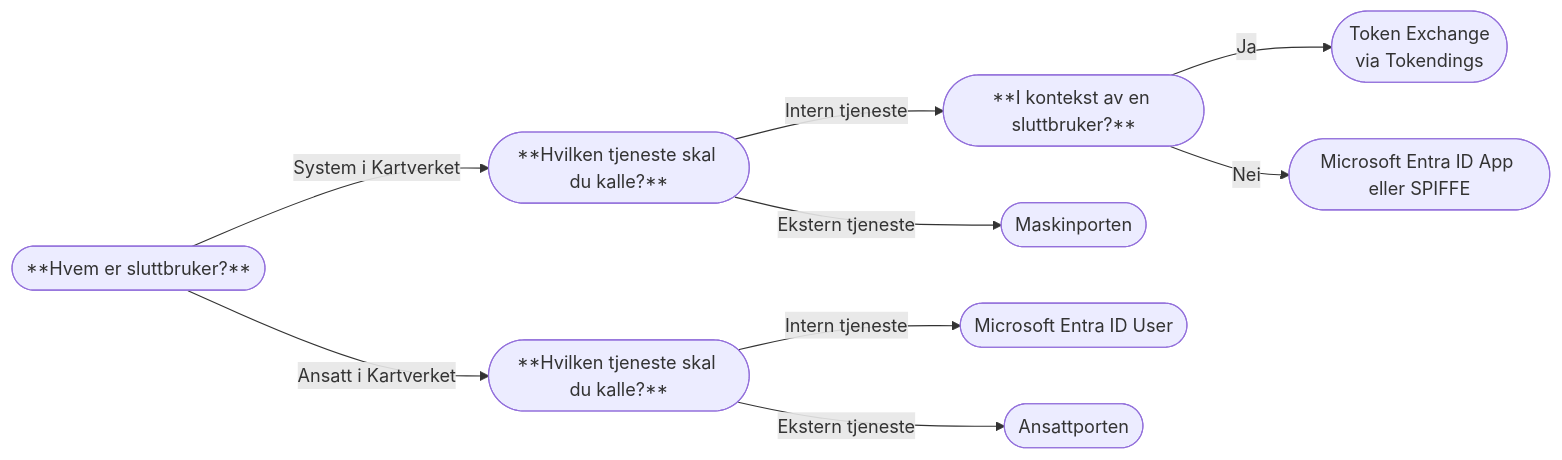
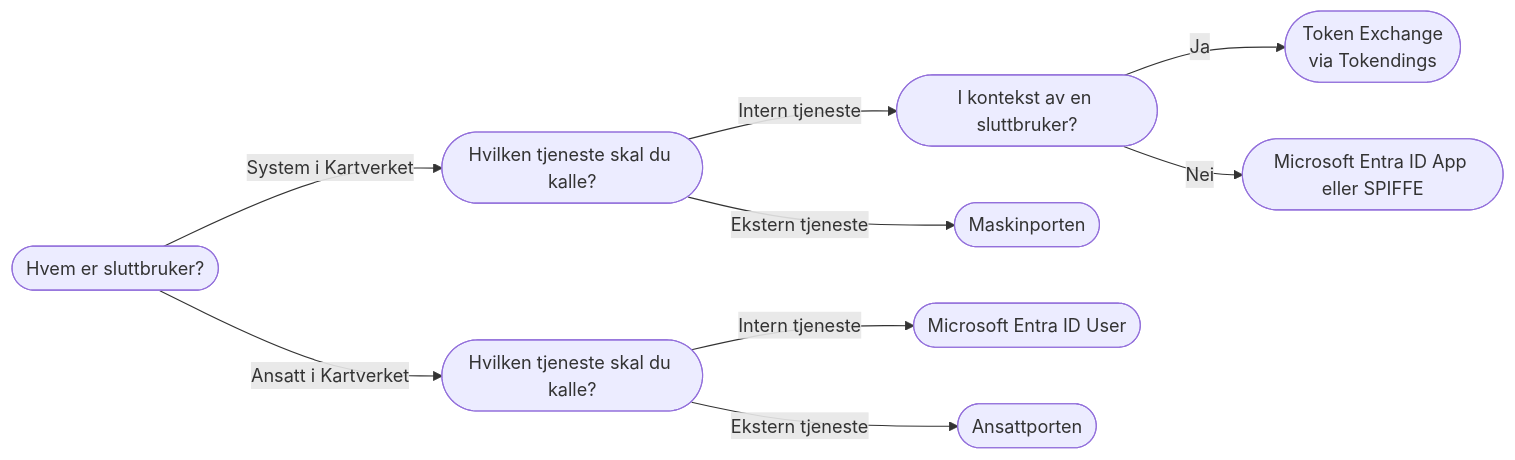
The second of 2 diagrams in docs/08-tilgangsstyring/01-valg-av-identitetstilbyder/index.mdx (kartverket/skip.kartverket.no), drawn with Mermaid before and after one commit. The commit also changed other lines of this file and 33 other files, not shown here.

````diff
--- a/docs/08-tilgangsstyring/01-valg-av-identitetstilbyder/index.mdx
+++ b/docs/08-tilgangsstyring/01-valg-av-identitetstilbyder/index.mdx
@@ -58,19 +58,19 @@
 ```mermaid
 flowchart LR;
-  konsument([**Hvem er sluttbruker?**]);
-  tjeneste-m2m([**Hvilken tjeneste skal du kalle?**]);
-  tjeneste-h2m([**Hvilken tjeneste skal du kalle?**]);
-  flyt([**I kontekst av en sluttbruker?**]);
+  konsument([Hvem er sluttbruker?]);
+  tjeneste-m2m([Hvilken tjeneste skal du kalle?]);
+  tjeneste-h2m([Hvilken tjeneste skal du kalle?]);
+  flyt([I kontekst av en sluttbruker?]);
 
   konsument -- "System i Kartverket" --> tjeneste-m2m;
   konsument -- "Ansatt i Kartverket" --> tjeneste-h2m;
 
   tjeneste-m2m -- "Ekstern tjeneste" --> maskinporten([Maskinporten]);
   tjeneste-m2m -- "Intern tjeneste" --> flyt;
 
   flyt -- "Ja" --> tokendings([Token Exchange<br>via Tokendings]);
   flyt -- "Nei" --> entra-id-app([Microsoft Entra ID App eller SPIFFE])
 
   tjeneste-h2m -- "Intern tjeneste" --> entra-id-user([Microsoft Entra ID User]);
   tjeneste-h2m -- "Ekstern tjeneste" --> ansattporten([Ansattporten]);
 ```
````
